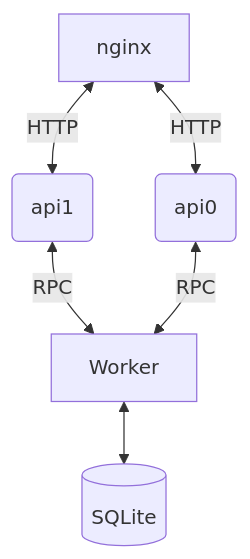
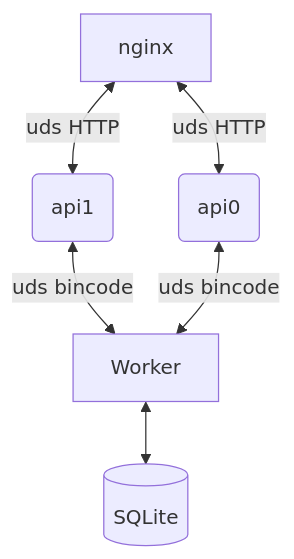
The diagram in participantes/joao-xavier/README.md (zsantana/rinha-de-backend-2025), drawn with Mermaid before and after one commit. The commit also changed 5 other files, not shown here.

````diff
--- a/participantes/joao-xavier/README.md
+++ b/participantes/joao-xavier/README.md
@@ -15,12 +15,12 @@
 ```mermaid
 ---
 config:
   layout: dagre
 ---
 flowchart TD
-    A[nginx] <-->|HTTP| B(api0)
-    A[nginx] <-->|HTTP| C(api1)
-    C <-->|RPC| D[Worker]
-    B <-->|RPC| D[Worker]
+    A[nginx] <-->|uds HTTP| B(api0)
+    A[nginx] <-->|uds HTTP| C(api1)
+    C <-->|uds bincode| D[Worker]
+    B <-->|uds bincode| D[Worker]
     D <--> E[(SQLite)]
 ```
````
